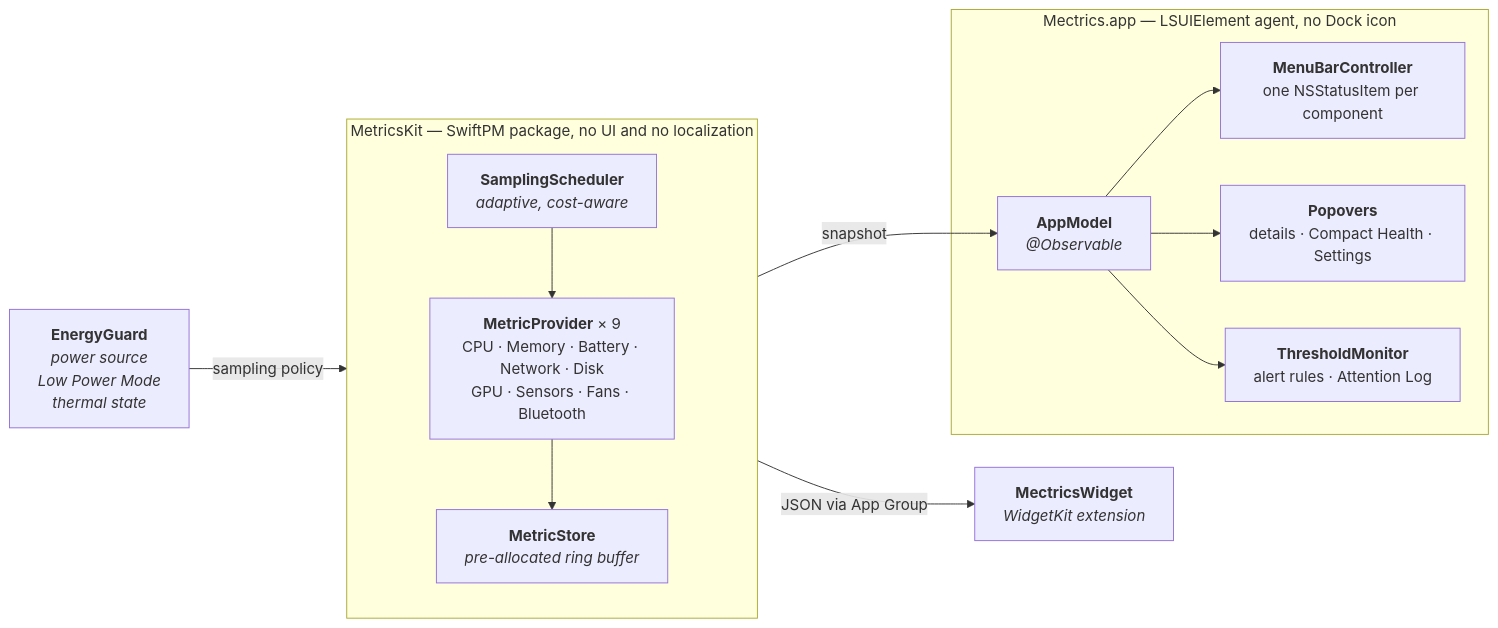
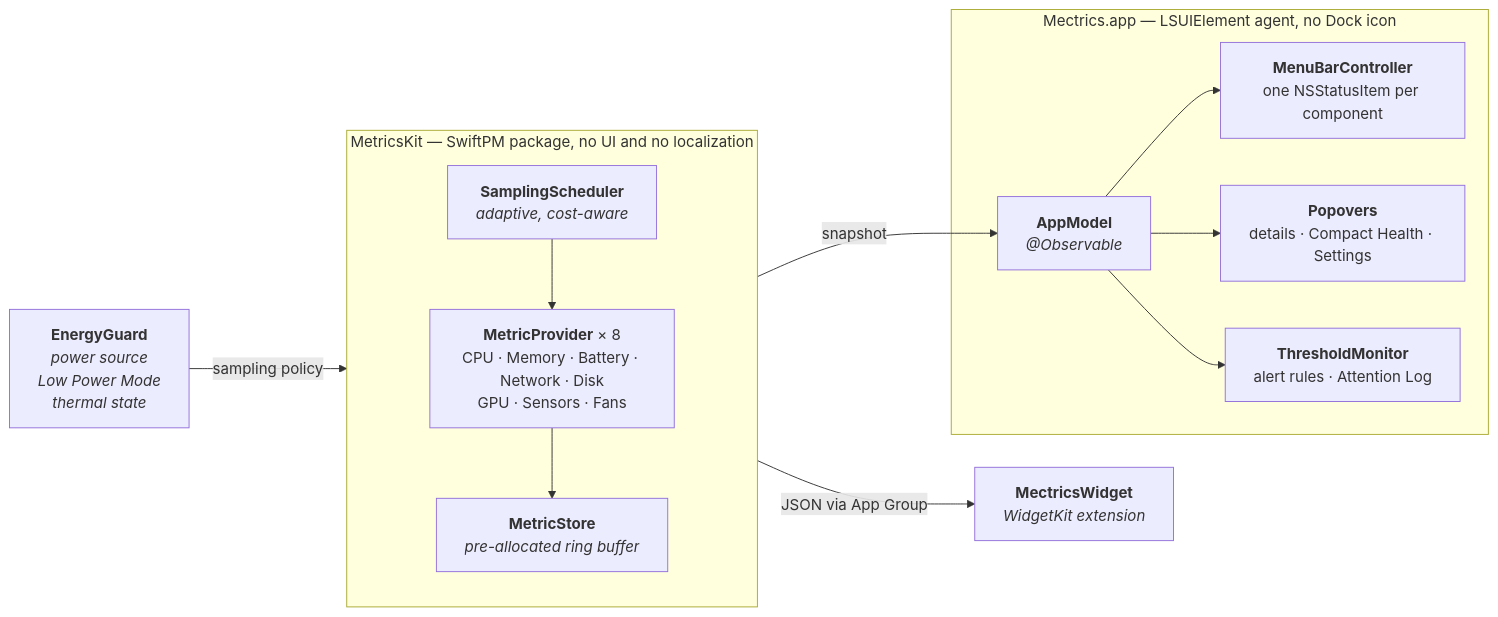
The diagram in docs/architecture.md (farukkamcici/mectrics), drawn with Mermaid before and after one commit. The commit also changed other lines of this file and 39 other files, not shown here.

````diff
--- a/docs/architecture.md
+++ b/docs/architecture.md
@@ -13,28 +13,28 @@
 ```mermaid
 flowchart LR
     EG["<b>EnergyGuard</b><br/><i>power source</i><br/><i>Low Power Mode</i><br/><i>thermal state</i>"]
 
     subgraph kit["MetricsKit — SwiftPM package, no UI and no localization"]
         direction TB
         SS["<b>SamplingScheduler</b><br/><i>adaptive, cost-aware</i>"]
-        PR["<b>MetricProvider</b> × 9<br/>CPU · Memory · Battery · Network · Disk<br/>GPU · Sensors · Fans · Bluetooth"]
+        PR["<b>MetricProvider</b> × 8<br/>CPU · Memory · Battery · Network · Disk<br/>GPU · Sensors · Fans"]
         ST["<b>MetricStore</b><br/><i>pre-allocated ring buffer</i>"]
         SS --> PR --> ST
     end
 
     subgraph app["Mectrics.app — LSUIElement agent, no Dock icon"]
         AM["<b>AppModel</b><br/><i>@Observable</i>"]
         MB["<b>MenuBarController</b><br/>one NSStatusItem per component"]
         PO["<b>Popovers</b><br/>details · Compact Health · Settings"]
         AL["<b>ThresholdMonitor</b><br/>alert rules · Attention Log"]
         AM --> MB
         AM --> PO
         AM --> AL
     end
 
     WG["<b>MectricsWidget</b><br/><i>WidgetKit extension</i>"]
 
     EG -->|"sampling policy"| SS
     ST -->|"snapshot"| AM
     ST -->|"JSON via App Group"| WG
 ```
````
